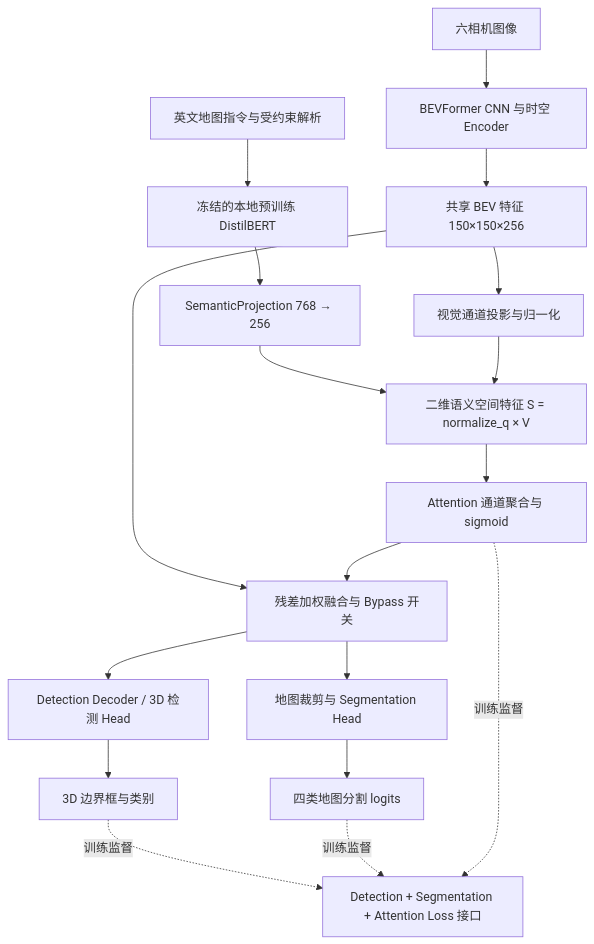
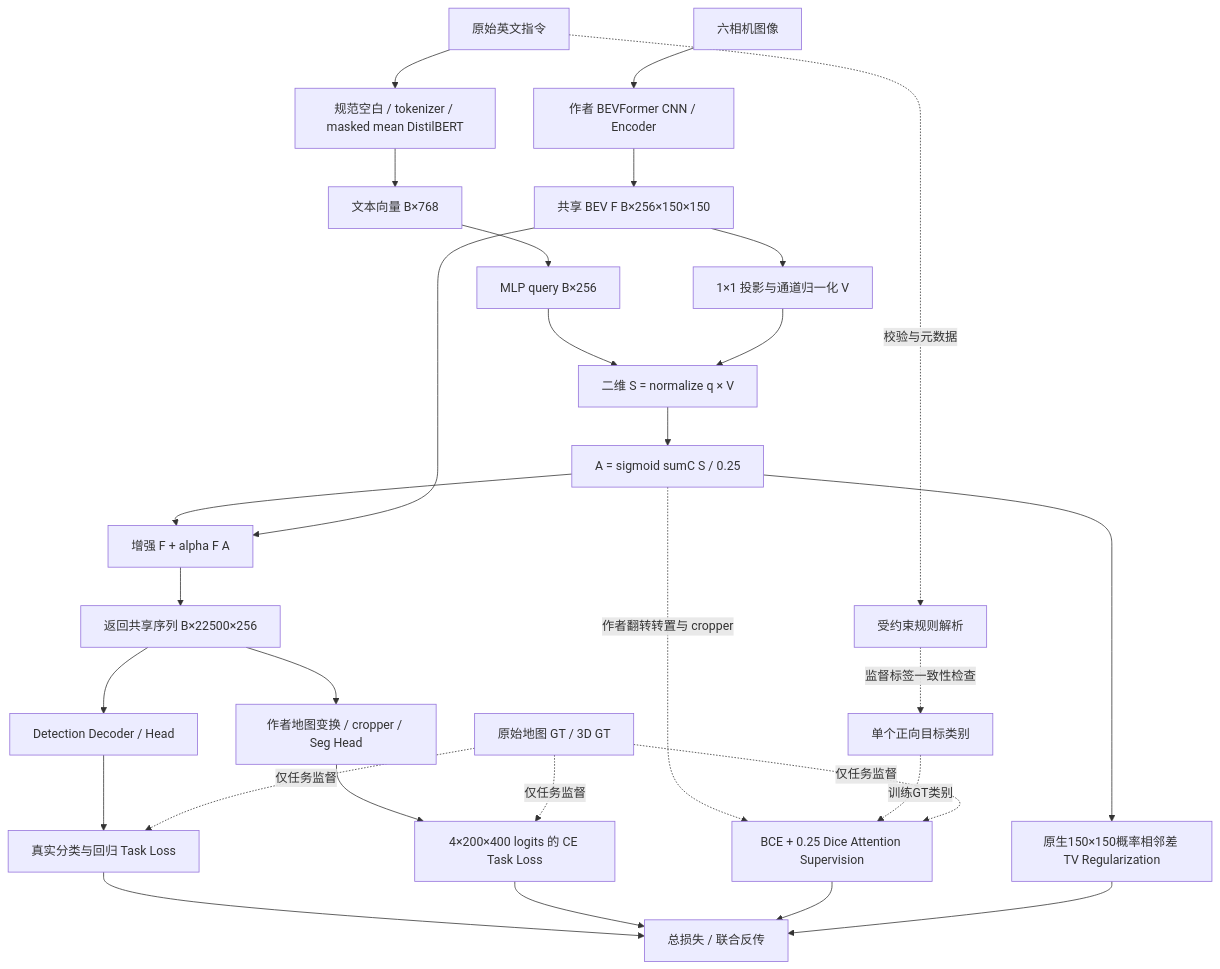
One commit to JiaxuanJin/bev_vla_internship changed the diagram in docs/stage2/11_模块架构设计.md. Above: the diagram before and after it, drawn with Mermaid. The commit also changed other lines of this file and 126 other files, not shown here.

Commit message:
feat: complete stage2 BEV attention integration and validation

````diff
--- a/docs/stage2/11_模块架构设计.md
+++ b/docs/stage2/11_模块架构设计.md
@@ -9,20 +7,31 @@
 ```mermaid
 flowchart TD
-    IMG[六相机图像] --> ENCODER[BEVFormer CNN 与时空 Encoder]
-    TEXT[英文地图指令与受约束解析] --> DISTIL[冻结的本地预训练 DistilBERT]
-    DISTIL --> PROJ[SemanticProjection 768 → 256]
-    ENCODER --> BEV[共享 BEV 特征 150×150×256]
-    BEV --> VIS[视觉通道投影与归一化]
-    PROJ --> SPACE[二维语义空间特征 S = normalize_q × V]
-    VIS --> SPACE
-    SPACE --> ATT[Attention 通道聚合与 sigmoid]
-    BEV --> FUSION[残差加权融合与 Bypass 开关]
-    ATT --> FUSION
-    FUSION --> DET[Detection Decoder / 3D 检测 Head]
-    FUSION --> SEG[地图裁剪与 Segmentation Head]
-    DET --> DETOUT[3D 边界框与类别]
-    SEG --> SEGOUT[四类地图分割 logits]
-    DETOUT -.训练监督.-> LOSS[Detection + Segmentation + Attention Loss 接口]
-    SEGOUT -.训练监督.-> LOSS
-    ATT -.训练监督.-> LOSS
+    TEXT[原始英文指令] --> N[规范空白 / tokenizer / masked mean DistilBERT]
+    TEXT -.校验与元数据.-> PARSE[受约束规则解析]
+    PARSE -.监督标签一致性检查.-> TARGET[单个正向目标类别]
+    N --> T[文本向量 B×768]
+    T --> Q[MLP query B×256]
+    IMG[六相机图像] --> ENC[作者 BEVFormer CNN / Encoder]
+    ENC --> F[共享 BEV F B×256×150×150]
+    F --> V[1×1 投影与通道归一化 V]
+    Q --> S[二维 S = normalize q × V]
+    V --> S
+    S --> A[A = sigmoid sumC S / 0.25]
+    A --> E[增强 F + alpha F A]
+    F --> E
+    E --> SEQ[返回共享序列 B×22500×256]
+    SEQ --> DET[Detection Decoder / Head]
+    SEQ --> SEG[作者地图变换 / cropper / Seg Head]
+    DET --> LD[真实分类与回归 Task Loss]
+    SEG --> LS[4×200×400 logits 的 CE Task Loss]
+    A -.作者翻转转置与 cropper.-> SUP[BCE + 0.25 Dice Attention Supervision]
+    TARGET -.训练GT类别.-> SUP
+    GT[原始地图 GT / 3D GT] -.仅任务监督.-> LD
+    GT -.仅任务监督.-> LS
+    GT -.仅任务监督.-> SUP
+    A --> TV[原生150×150概率相邻差 TV Regularization]
+    LD --> TOTAL[总损失 / 联合反传]
+    LS --> TOTAL
+    SUP --> TOTAL
+    TV --> TOTAL
 ```
````
